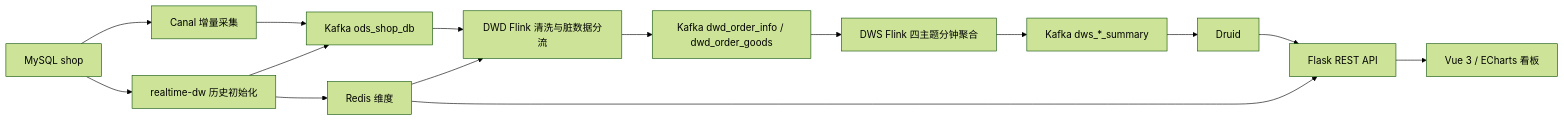
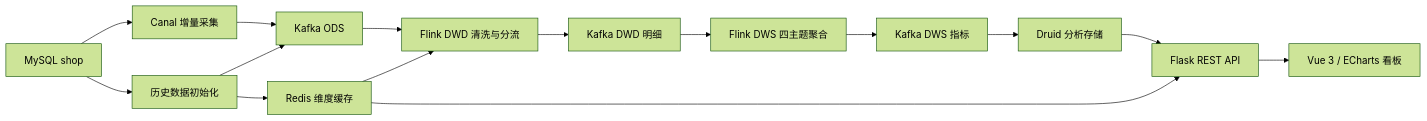
The diagram in README.md (3474271593/BigDate), drawn with Mermaid (forest theme) before and after one commit. The commit also changed other lines of this file and 8 other files, not shown here.

Commit message:
docs: present project features architecture and verified results

````diff
--- a/README.md
+++ b/README.md
@@ -15,17 +38,17 @@
 ```mermaid
 flowchart LR
   M[MySQL shop] --> C[Canal 增量采集]
-  M --> B[realtime-dw 历史初始化]
-  B --> O[Kafka ods_shop_db]
-  B --> R[Redis 维度]
+  M --> B[历史数据初始化]
+  B --> O[Kafka ODS]
+  B --> R[Redis 维度缓存]
   C --> O
-  O --> D[DWD Flink 清洗与脏数据分流]
+  O --> D[Flink DWD 清洗与分流]
   R --> D
-  D --> K[Kafka dwd_order_info / dwd_order_goods]
-  K --> W[DWS Flink 四主题分钟聚合]
-  W --> T[Kafka dws_*_summary]
-  T --> DR[Druid]
+  D --> K[Kafka DWD 明细]
+  K --> W[Flink DWS 四主题聚合]
+  W --> T[Kafka DWS 指标]
+  T --> DR[Druid 分析存储]
   DR --> A[Flask REST API]
   R --> A
   A --> V[Vue 3 / ECharts 看板]
 ```
````
